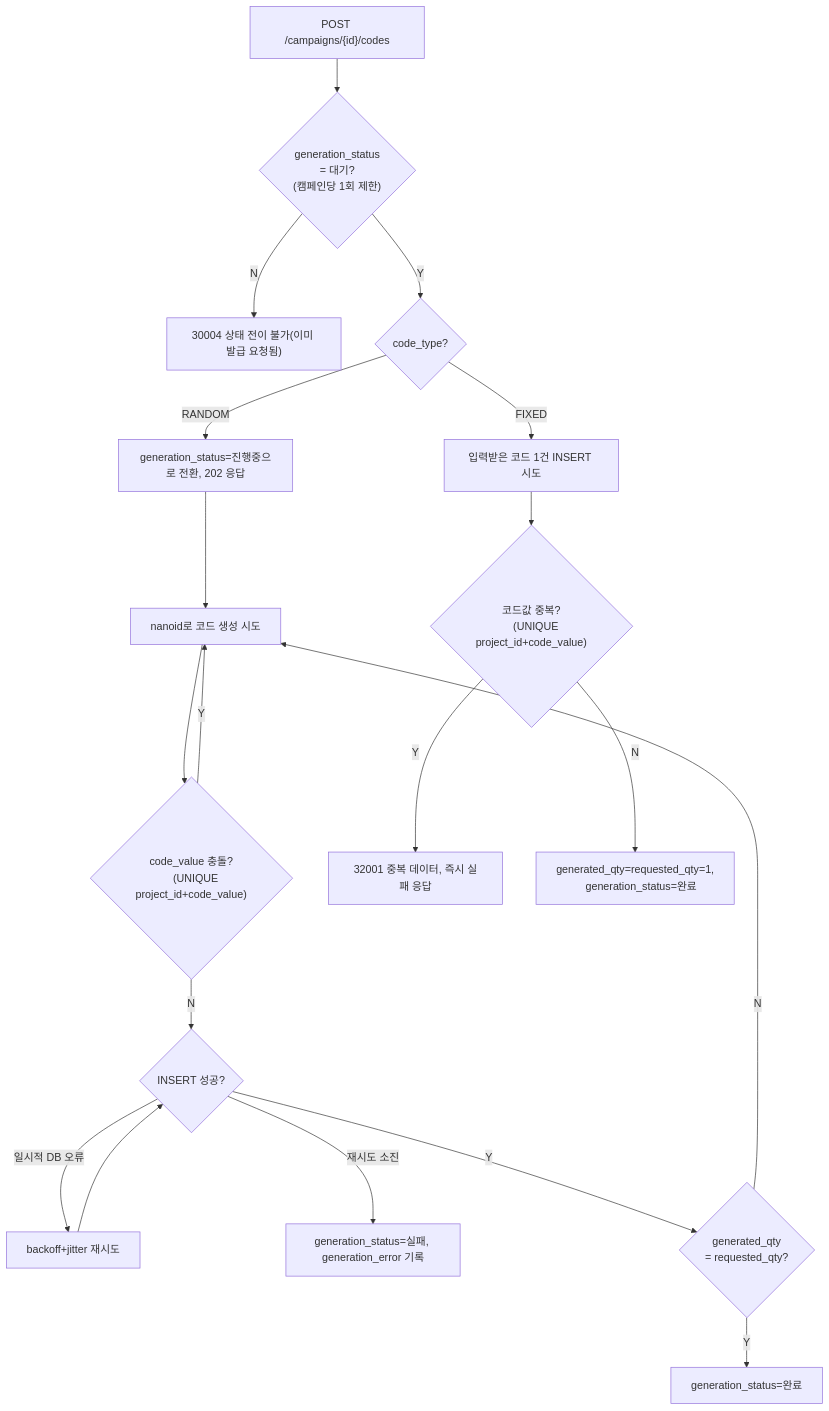
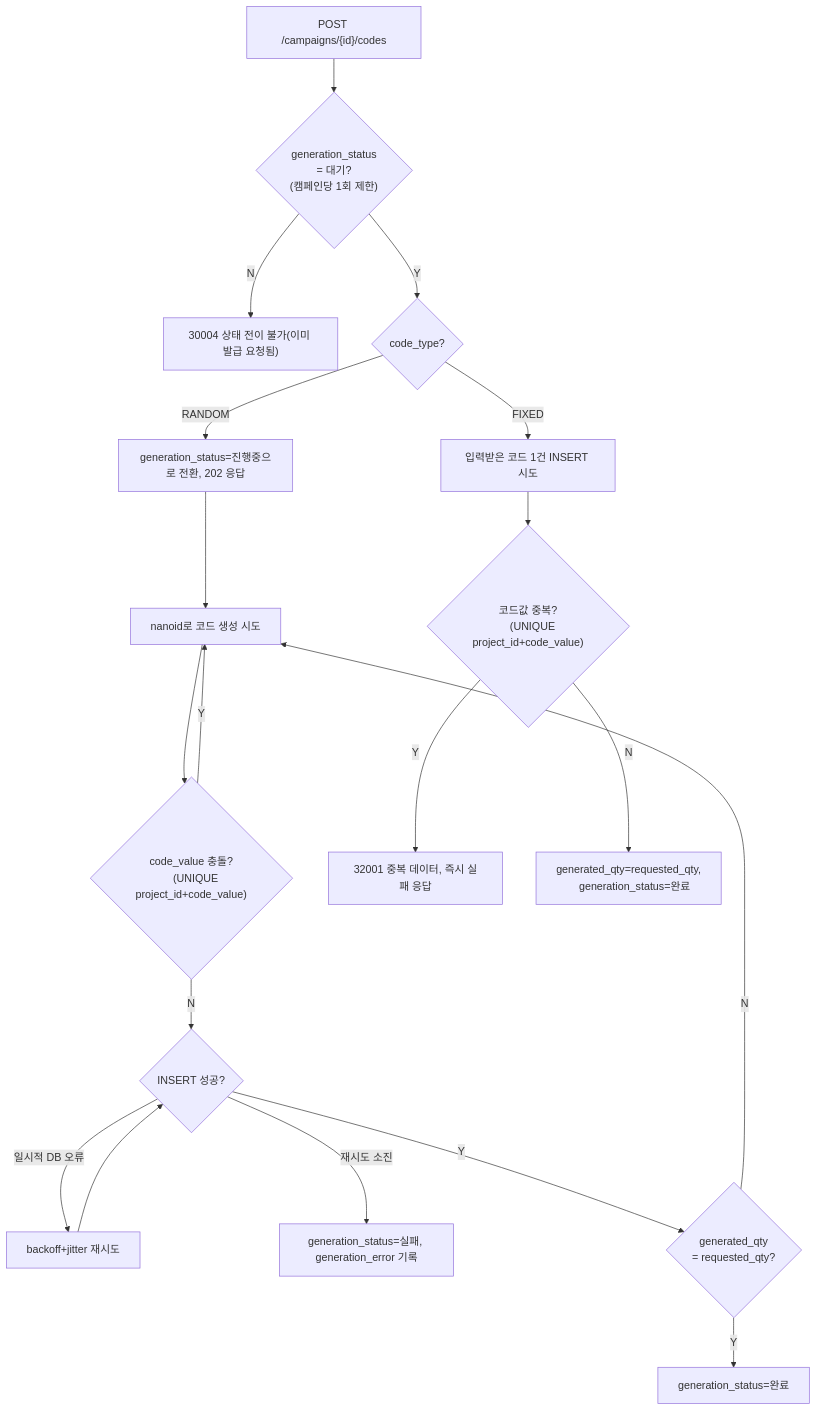
Before and after one commit to trisakion0500/coupon_platform: the second of 2 diagrams in docs/05_COUPON_ISSUANCE_SCENARIO.md, drawn with Mermaid. The commit also changed other lines of this file and 23 other files, not shown here.

````diff
--- a/docs/05_COUPON_ISSUANCE_SCENARIO.md
+++ b/docs/05_COUPON_ISSUANCE_SCENARIO.md
@@ -61,29 +63,29 @@
 ```mermaid
 flowchart TD
     A["POST /campaigns/{id}/codes"] --> B{"generation_status
     = 대기?
     (캠페인당 1회 제한)"}
     B -- N --> B1["30004 상태 전이 불가(이미 발급 요청됨)"]
     B -- Y --> T{code_type?}
 
     T -- RANDOM --> R1["generation_status=진행중으로 전환, 202 응답"]
     R1 --> R2["nanoid로 코드 생성 시도"]
     R2 --> R3{"code_value 충돌?
     (UNIQUE project_id+code_value)"}
     R3 -- Y --> R2
     R3 -- N --> R4{"INSERT 성공?"}
     R4 -- "일시적 DB 오류" --> R5["backoff+jitter 재시도"]
     R5 --> R4
     R4 -- "재시도 소진" --> R6["generation_status=실패, generation_error 기록"]
     R4 -- Y --> R7{"generated_qty
     = requested_qty?"}
     R7 -- N --> R2
     R7 -- Y --> R8["generation_status=완료"]
 
     T -- FIXED --> F1["입력받은 코드 1건 INSERT 시도"]
     F1 --> F2{"코드값 중복?
     (UNIQUE project_id+code_value)"}
     F2 -- Y --> F3["32001 중복 데이터, 즉시 실패 응답"]
-    F2 -- N --> F4["generated_qty=requested_qty=1,
+    F2 -- N --> F4["generated_qty=requested_qty,
     generation_status=완료"]
 ```
````
